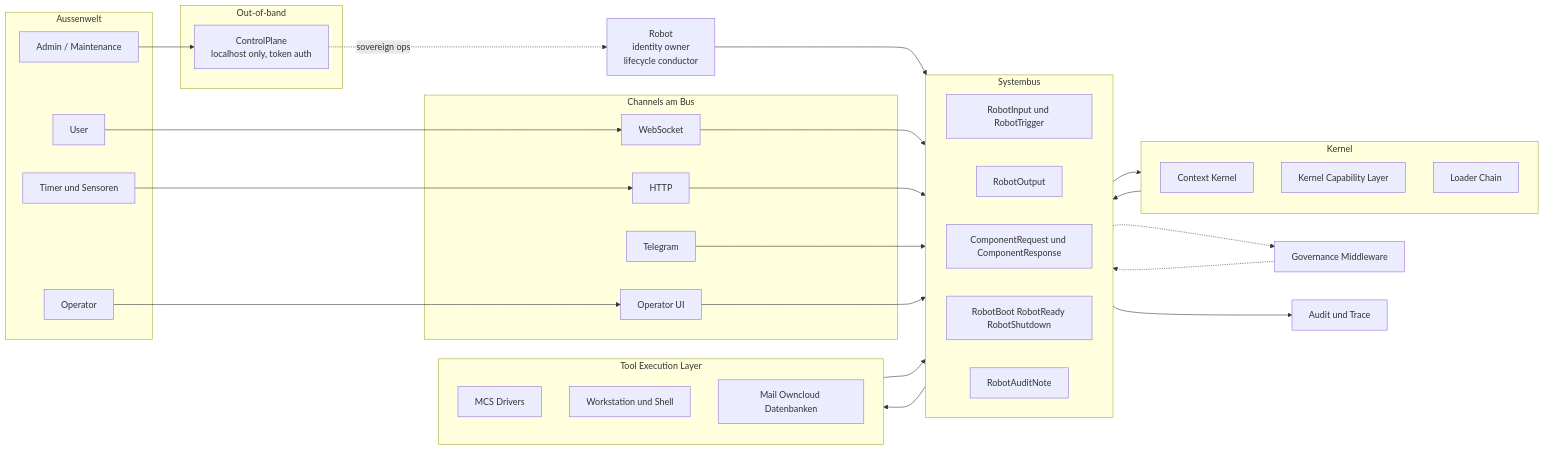
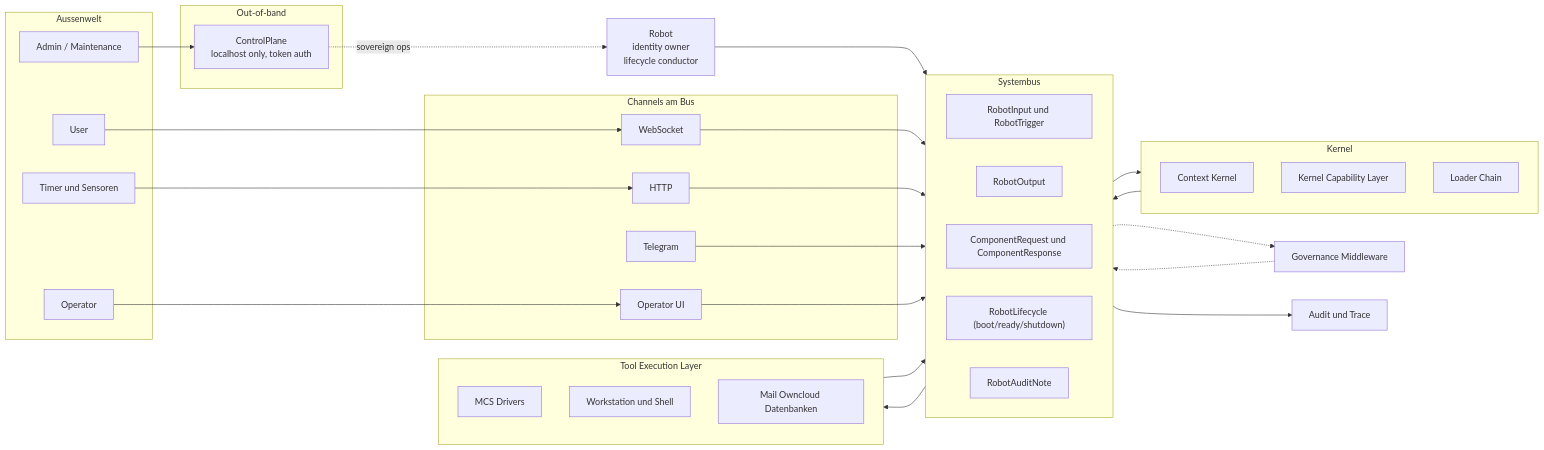
Before and after one commit to octaro-ai/cephix: the diagram in docs/architecture/robot-os-target.md, drawn with Mermaid. The commit also changed other lines of this file and 8 other files, not shown here.

First line of the commit message:
Refactor robot lifecycle events to unify under RobotLifecycle class

````diff
--- a/docs/architecture/robot-os-target.md
+++ b/docs/architecture/robot-os-target.md
@@ -32,64 +32,64 @@
 ```mermaid
 flowchart LR
   subgraph external [Aussenwelt]
     user["User"]
     timer["Timer und Sensoren"]
     operator["Operator"]
     admin["Admin / Maintenance"]
   end
 
   subgraph channels [Channels am Bus]
     ws["WebSocket"]
     http["HTTP"]
     tg["Telegram"]
     op["Operator UI"]
   end
 
   subgraph oob [Out-of-band]
     cp["ControlPlane<br/>localhost only, token auth"]
   end
 
   subgraph bus [Systembus]
     direction LR
     topicInput["RobotInput und RobotTrigger"]
     topicOutput["RobotOutput"]
     topicReqRes["ComponentRequest und ComponentResponse"]
-    topicLifecycle["RobotBoot RobotReady RobotShutdown"]
+    topicLifecycle["RobotLifecycle (boot/ready/shutdown)"]
     topicAudit["RobotAuditNote"]
   end
 
   subgraph kernelSide [Kernel]
     kernel["Context Kernel"]
     capabilities["Kernel Capability Layer"]
     loaders["Loader Chain"]
   end
 
   subgraph world [Tool Execution Layer]
     mcs["MCS Drivers"]
     workstation["Workstation und Shell"]
     integrations["Mail Owncloud Datenbanken"]
   end
 
   governance["Governance Middleware"]
   audit["Audit und Trace"]
 
   user --> ws
   operator --> op
   timer --> http
   admin --> cp
   cp -.->|sovereign ops| robot["Robot<br/>identity owner<br/>lifecycle conductor"]
   robot --> bus
   ws --> bus
   http --> bus
   tg --> bus
   op --> bus
 
   bus --> kernelSide
   kernelSide --> bus
   bus --> world
   world --> bus
 
   bus -.-> governance
   governance -.-> bus
   bus --> audit
 ```
````
